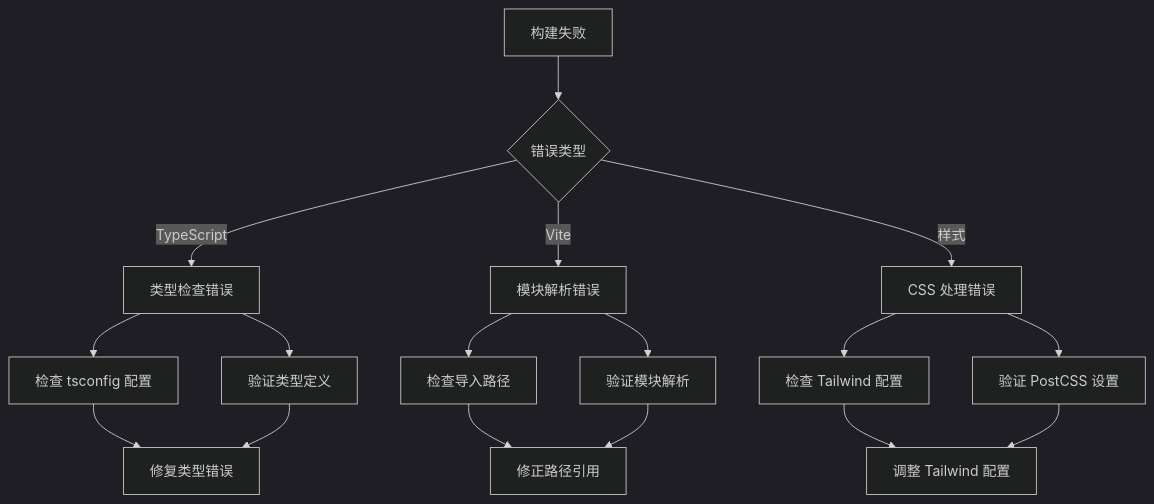
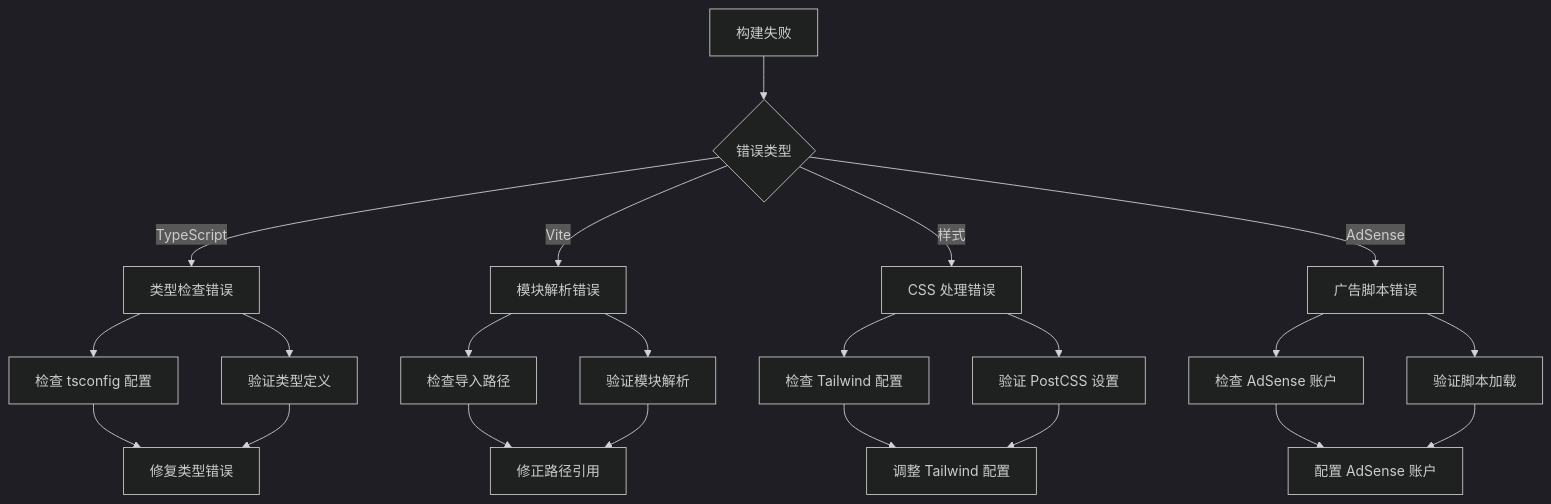
One commit to mrancc/reimagined-journey changed diagram 16 of 21 in .qoder/repowiki/zh/content/部署指南.md. Above: the diagram before and after it, drawn with Mermaid (dark theme). The commit also changed other lines of this file and 3 other files, not shown here.

````diff
--- a/.qoder/repowiki/zh/content/部署指南.md
+++ b/.qoder/repowiki/zh/content/部署指南.md
@@ -400,19 +526,24 @@
 ```mermaid
 flowchart TD
 A[构建失败] --> B{错误类型}
 B --> |TypeScript| C[类型检查错误]
 B --> |Vite| D[模块解析错误]
 B --> |样式| E[CSS 处理错误]
-C --> F[检查 tsconfig 配置]
-C --> G[验证类型定义]
-D --> H[检查导入路径]
-D --> I[验证模块解析]
-E --> J[检查 Tailwind 配置]
-E --> K[验证 PostCSS 设置]
-F --> L[修复类型错误]
-G --> L
-H --> M[修正路径引用]
-I --> M
-J --> N[调整 Tailwind 配置]
-K --> N
+B --> |AdSense| F[广告脚本错误]
+C --> G[检查 tsconfig 配置]
+C --> H[验证类型定义]
+D --> I[检查导入路径]
+D --> J[验证模块解析]
+E --> K[检查 Tailwind 配置]
+E --> L[验证 PostCSS 设置]
+F --> M[检查 AdSense 账户]
+F --> N[验证脚本加载]
+G --> O[修复类型错误]
+H --> O
+I --> P[修正路径引用]
+J --> P
+K --> Q[调整 Tailwind 配置]
+L --> Q
+M --> R[配置 AdSense 账户]
+N --> R
 ```
````
